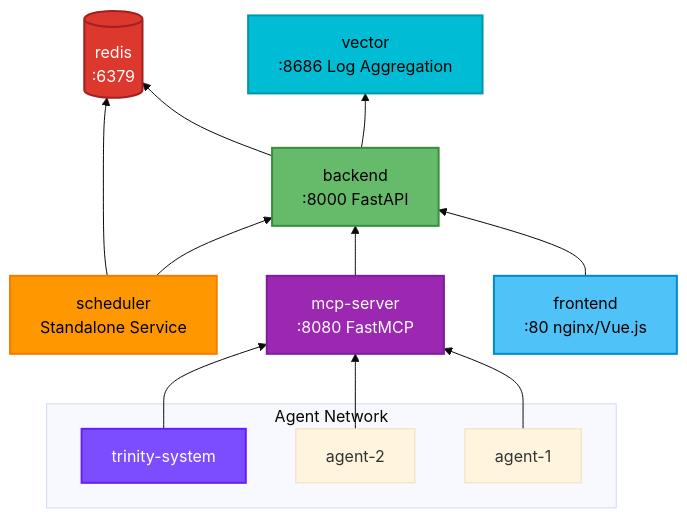
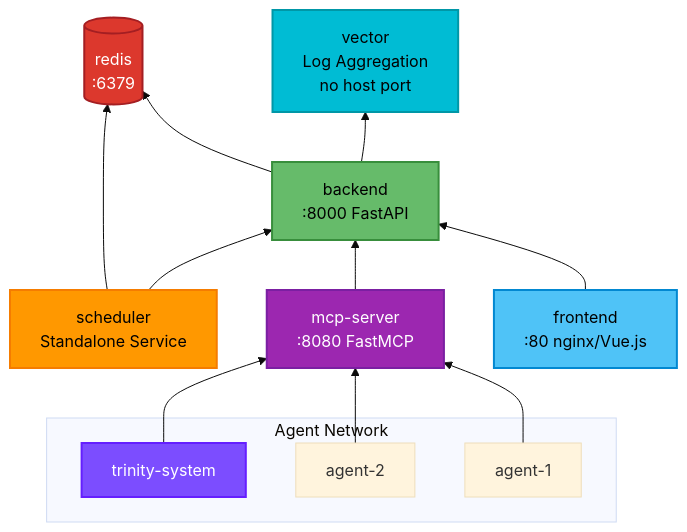
One commit to Abilityai/trinity changed the ninth of 14 diagrams in docs/trinity-architecture-diagrams.md. Above: the diagram before and after it, drawn with Mermaid (base theme). The commit also changed 19 other files, not shown here.

````diff
--- a/docs/trinity-architecture-diagrams.md
+++ b/docs/trinity-architecture-diagrams.md
@@ -350,34 +350,34 @@
 ```mermaid
 graph BT
     FRONT[frontend<br/>:80 nginx/Vue.js]
     BACK[backend<br/>:8000 FastAPI]
     MCP[mcp-server<br/>:8080 FastMCP]
     REDIS[(redis<br/>:6379)]
-    VECTOR[vector<br/>:8686 Log Aggregation]
+    VECTOR[vector<br/>Log Aggregation<br/>no host port]
     SCHED[scheduler<br/>Standalone Service]
 
     FRONT --> BACK
     BACK --> REDIS
     BACK --> VECTOR
     MCP --> BACK
     SCHED --> BACK
     SCHED --> REDIS
 
     subgraph "Agent Network"
         A1[agent-1]
         A2[agent-2]
         SYS[trinity-system]
     end
 
     A1 --> MCP
     A2 --> MCP
     SYS --> MCP
 
     style FRONT fill:#4FC3F7,stroke:#0288D1,stroke-width:2px,color:#000
     style BACK fill:#66BB6A,stroke:#388E3C,stroke-width:2px,color:#000
     style MCP fill:#9C27B0,stroke:#7B1FA2,stroke-width:2px,color:#fff
     style REDIS fill:#DC382D,stroke:#A41E22,stroke-width:2px,color:#fff
     style VECTOR fill:#00BCD4,stroke:#0097A7,stroke-width:2px,color:#000
     style SCHED fill:#FF9800,stroke:#F57C00,stroke-width:2px,color:#000
     style SYS fill:#7C4DFF,stroke:#651FFF,stroke-width:2px,color:#fff
 ```
````
